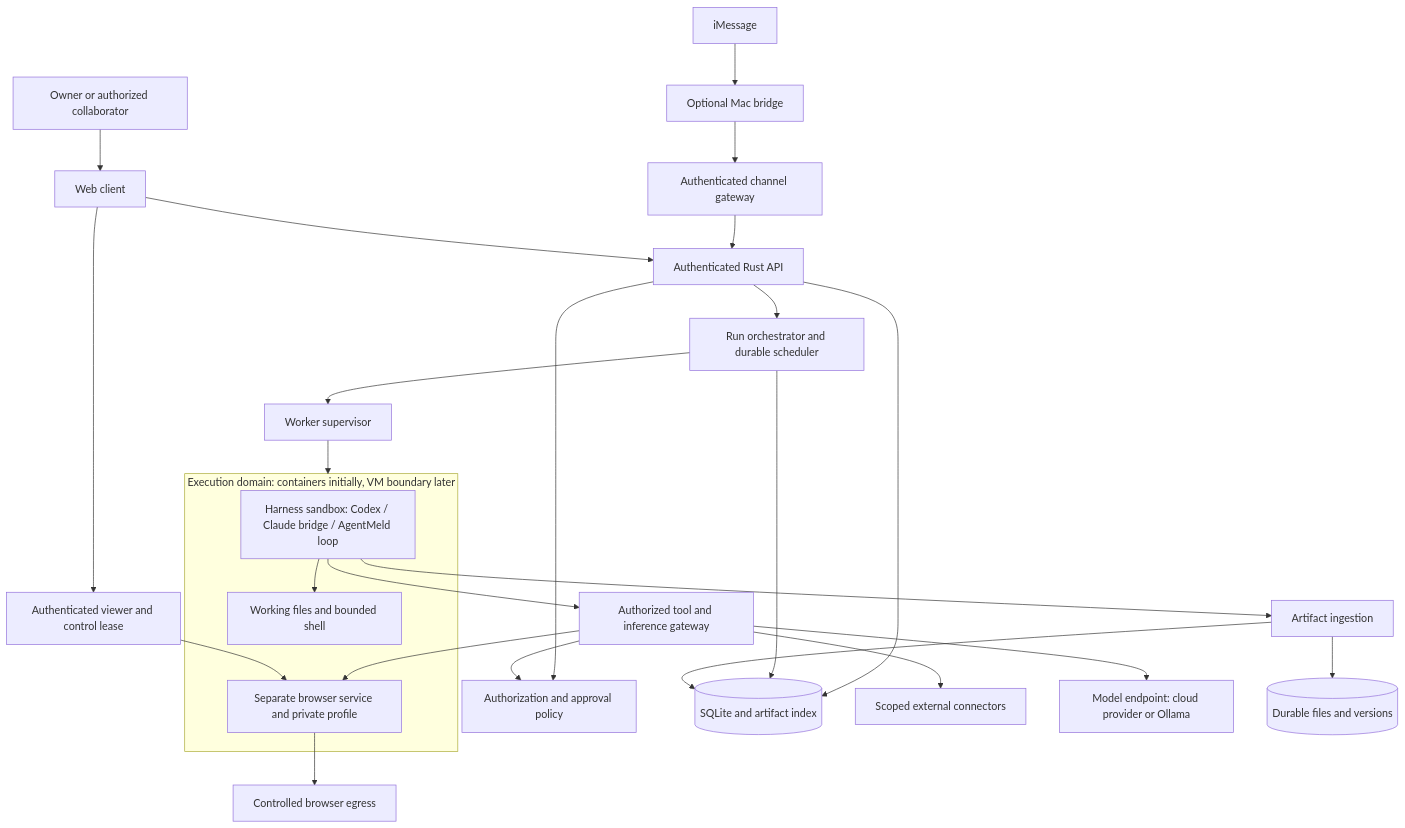
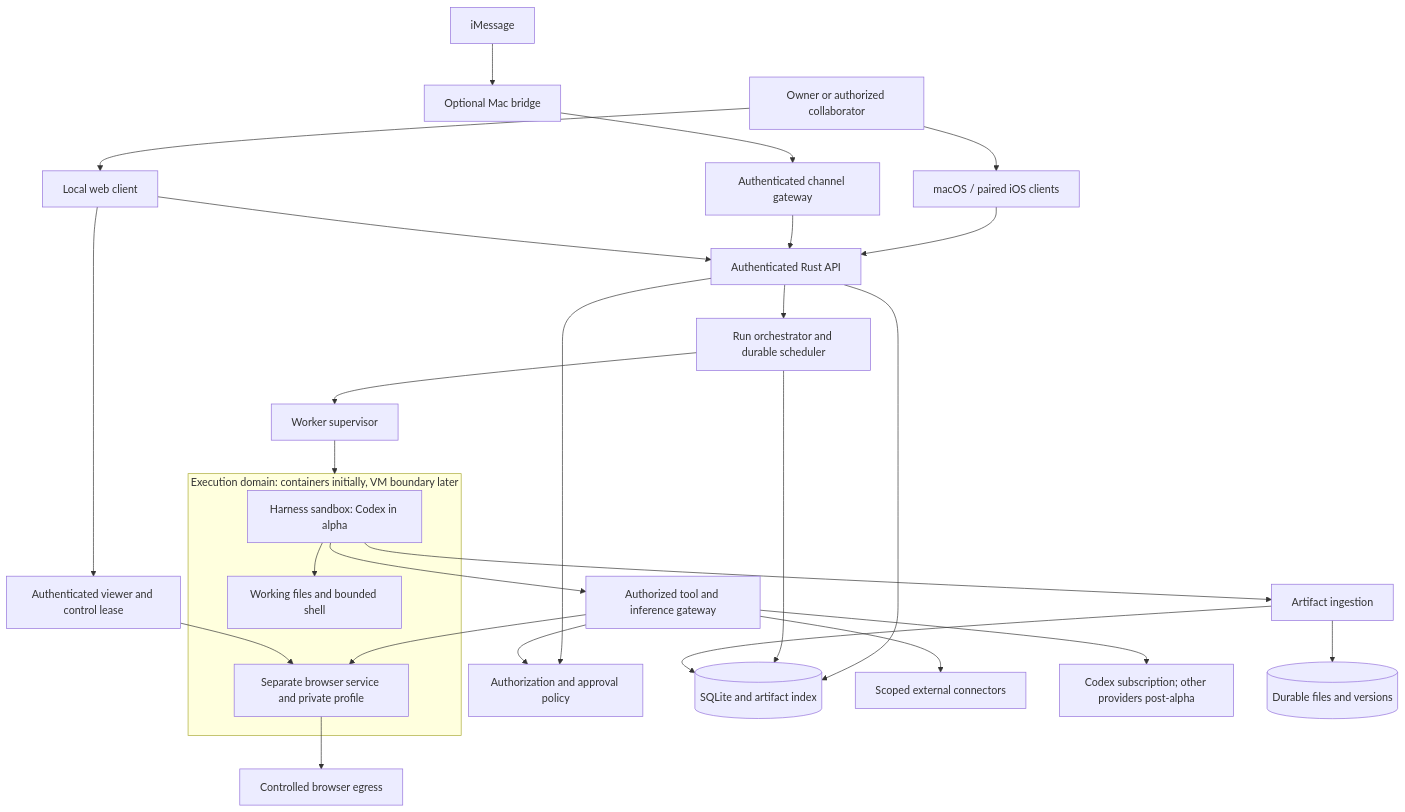
Before and after one commit to DigitalMeld/agentmeld: the first of 2 diagrams in docs/specs/architecture.md, drawn with Mermaid. The commit also changed other lines of this file and 34 other files, not shown here.

Commit message:
Qualify Codex command isolation and reconcile alpha scope

````diff
--- a/docs/specs/architecture.md
+++ b/docs/specs/architecture.md
@@ -9,31 +11,33 @@
 ```mermaid
 flowchart TB
-    U[Owner or authorized collaborator] --> W[Web client]
+    U[Owner or authorized collaborator] --> W[Local web client]
+    U --> NC[macOS / paired iOS clients]
+    NC --> A
     I[iMessage] --> MB[Optional Mac bridge]
     MB --> CG[Authenticated channel gateway]
     CG --> A
     W --> A[Authenticated Rust API]
     A --> P[Authorization and approval policy]
     A --> O[Run orchestrator and durable scheduler]
     A --> D[(SQLite and artifact index)]
     O --> D
     O --> S[Worker supervisor]
     S --> E
     subgraph E[Execution domain: containers initially, VM boundary later]
-        H[Harness sandbox: Codex / Claude bridge / AgentMeld loop]
+        H[Harness sandbox: Codex in alpha]
         T[Working files and bounded shell]
         B[Separate browser service and private profile]
         H --> T
     end
     H --> G[Authorized tool and inference gateway]
     G --> P
     G --> B
     G --> C[Scoped external connectors]
-    G --> M[Model endpoint: cloud provider or Ollama]
+    G --> M[Codex subscription; other providers post-alpha]
     B --> N[Controlled browser egress]
     W --> V[Authenticated viewer and control lease]
     V --> B
     H --> F[Artifact ingestion]
     F --> R[(Durable files and versions)]
     F --> D
 ```
````
